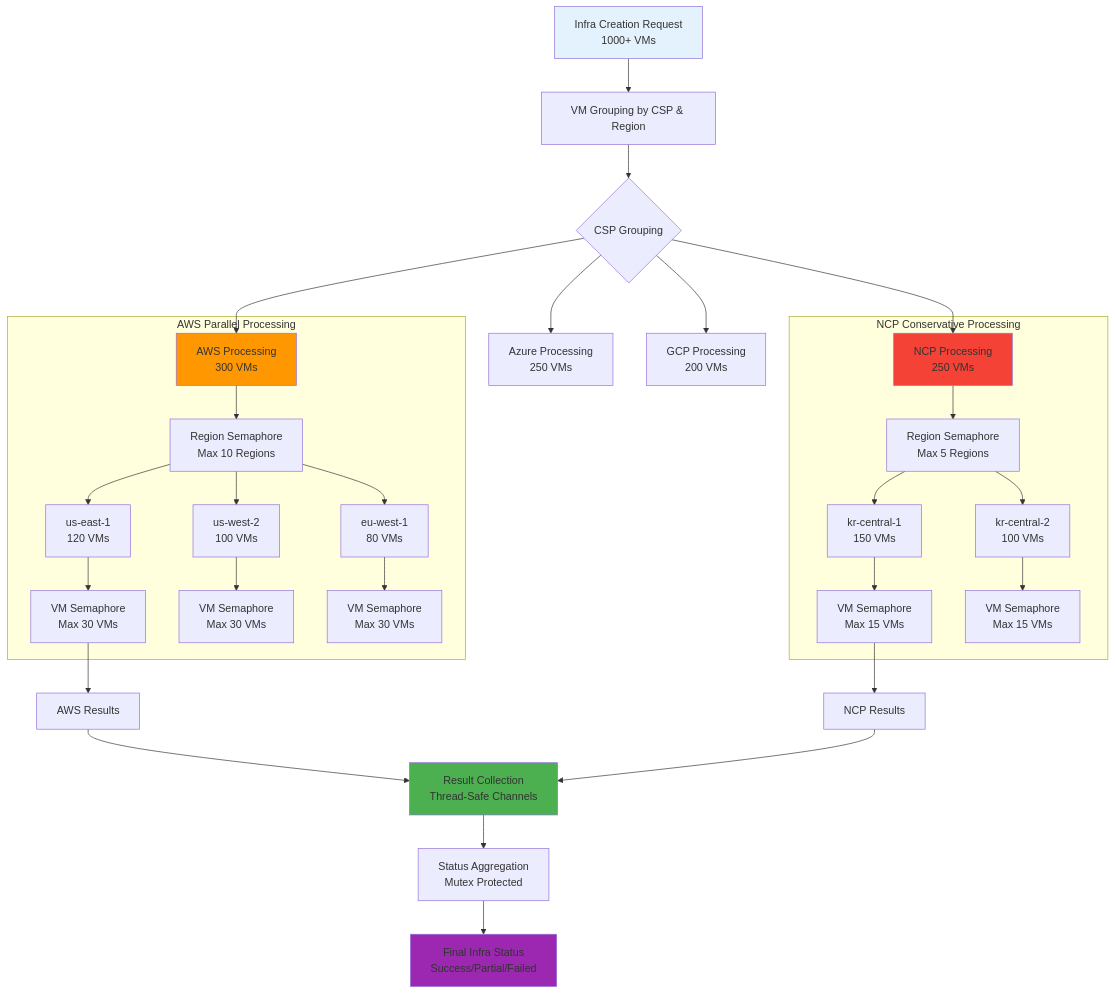
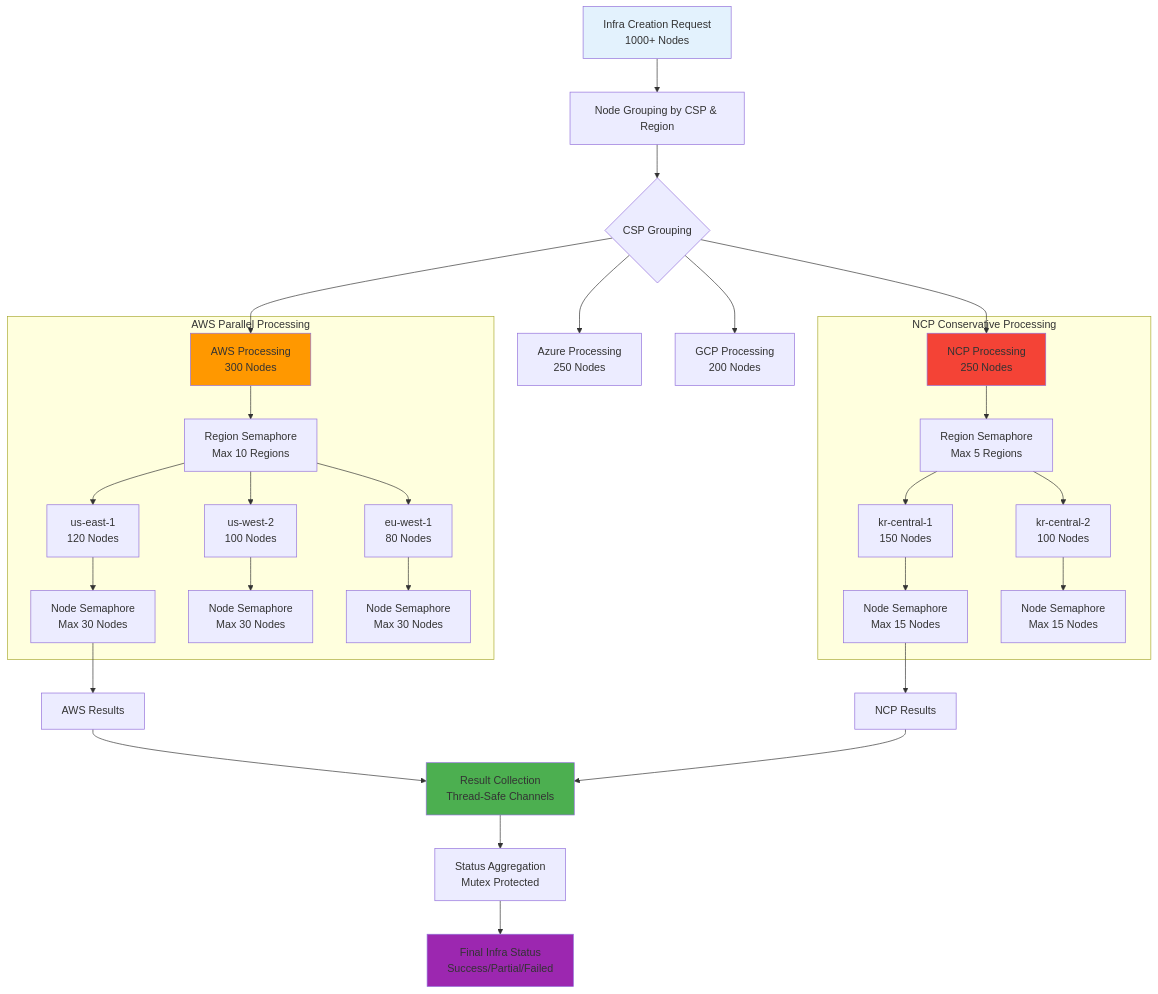
Before and after one commit to cloud-barista/cb-tumblebug: the third of 9 diagrams in docs/feature_guide/high-scale-provisioning-architecture.md, drawn with Mermaid. The commit also changed other lines of this file and 81 other files, not shown here.

````diff
--- a/docs/feature_guide/high-scale-provisioning-architecture.md
+++ b/docs/feature_guide/high-scale-provisioning-architecture.md
@@ -134,46 +134,46 @@
 ```mermaid
 flowchart TD
-    START[Infra Creation Request<br/>1000+ VMs] --> GROUP[VM Grouping by CSP & Region]
+    START[Infra Creation Request<br/>1000+ Nodes] --> GROUP[Node Grouping by CSP & Region]
     
     GROUP --> CSP_GROUP{CSP Grouping}
     
-    CSP_GROUP --> AWS_FLOW[AWS Processing<br/>300 VMs]
-    CSP_GROUP --> AZURE_FLOW[Azure Processing<br/>250 VMs]
-    CSP_GROUP --> GCP_FLOW[GCP Processing<br/>200 VMs]
-    CSP_GROUP --> NCP_FLOW[NCP Processing<br/>250 VMs]
+    CSP_GROUP --> AWS_FLOW[AWS Processing<br/>300 Nodes]
+    CSP_GROUP --> AZURE_FLOW[Azure Processing<br/>250 Nodes]
+    CSP_GROUP --> GCP_FLOW[GCP Processing<br/>200 Nodes]
+    CSP_GROUP --> NCP_FLOW[NCP Processing<br/>250 Nodes]
     
     subgraph "AWS Parallel Processing"
         AWS_FLOW --> AWS_SEM[Region Semaphore<br/>Max 10 Regions]
-        AWS_SEM --> AWS_R1[us-east-1<br/>120 VMs]
-        AWS_SEM --> AWS_R2[us-west-2<br/>100 VMs]
-        AWS_SEM --> AWS_R3[eu-west-1<br/>80 VMs]
+        AWS_SEM --> AWS_R1[us-east-1<br/>120 Nodes]
+        AWS_SEM --> AWS_R2[us-west-2<br/>100 Nodes]
+        AWS_SEM --> AWS_R3[eu-west-1<br/>80 Nodes]
         
-        AWS_R1 --> AWS_VM_SEM1[VM Semaphore<br/>Max 30 VMs]
-        AWS_R2 --> AWS_VM_SEM2[VM Semaphore<br/>Max 30 VMs]
-        AWS_R3 --> AWS_VM_SEM3[VM Semaphore<br/>Max 30 VMs]
+        AWS_R1 --> AWS_VM_SEM1[Node Semaphore<br/>Max 30 Nodes]
+        AWS_R2 --> AWS_VM_SEM2[Node Semaphore<br/>Max 30 Nodes]
+        AWS_R3 --> AWS_VM_SEM3[Node Semaphore<br/>Max 30 Nodes]
     end
     
     subgraph "NCP Conservative Processing"
         NCP_FLOW --> NCP_SEM[Region Semaphore<br/>Max 5 Regions]
-        NCP_SEM --> NCP_R1[kr-central-1<br/>150 VMs]
-        NCP_SEM --> NCP_R2[kr-central-2<br/>100 VMs]
+        NCP_SEM --> NCP_R1[kr-central-1<br/>150 Nodes]
+        NCP_SEM --> NCP_R2[kr-central-2<br/>100 Nodes]
         
-        NCP_R1 --> NCP_VM_SEM1[VM Semaphore<br/>Max 15 VMs]
-        NCP_R2 --> NCP_VM_SEM2[VM Semaphore<br/>Max 15 VMs]
+        NCP_R1 --> NCP_VM_SEM1[Node Semaphore<br/>Max 15 Nodes]
+        NCP_R2 --> NCP_VM_SEM2[Node Semaphore<br/>Max 15 Nodes]
     end
     
     AWS_VM_SEM1 --> AWS_RESULT[AWS Results]
     NCP_VM_SEM1 --> NCP_RESULT[NCP Results]
     
     AWS_RESULT --> COLLECT[Result Collection<br/>Thread-Safe Channels]
     NCP_RESULT --> COLLECT
     
     COLLECT --> STATUS_AGG[Status Aggregation<br/>Mutex Protected]
     STATUS_AGG --> FINAL[Final Infra Status<br/>Success/Partial/Failed]
     
     style START fill:#e3f2fd
     style AWS_FLOW fill:#ff9800
     style NCP_FLOW fill:#f44336
     style COLLECT fill:#4caf50
     style FINAL fill:#9c27b0
 ```
````
